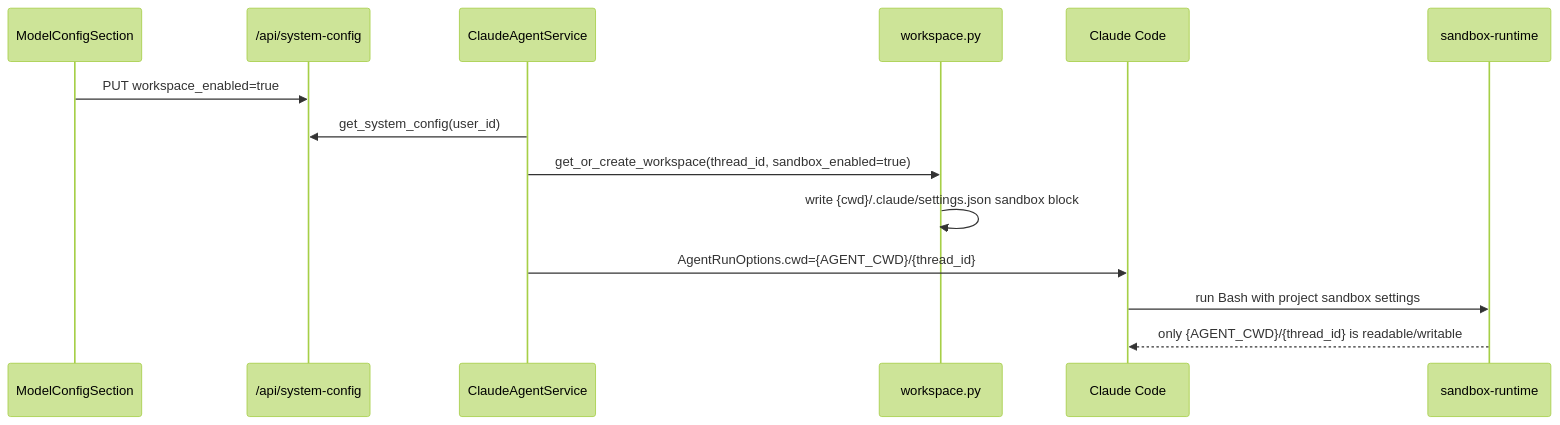
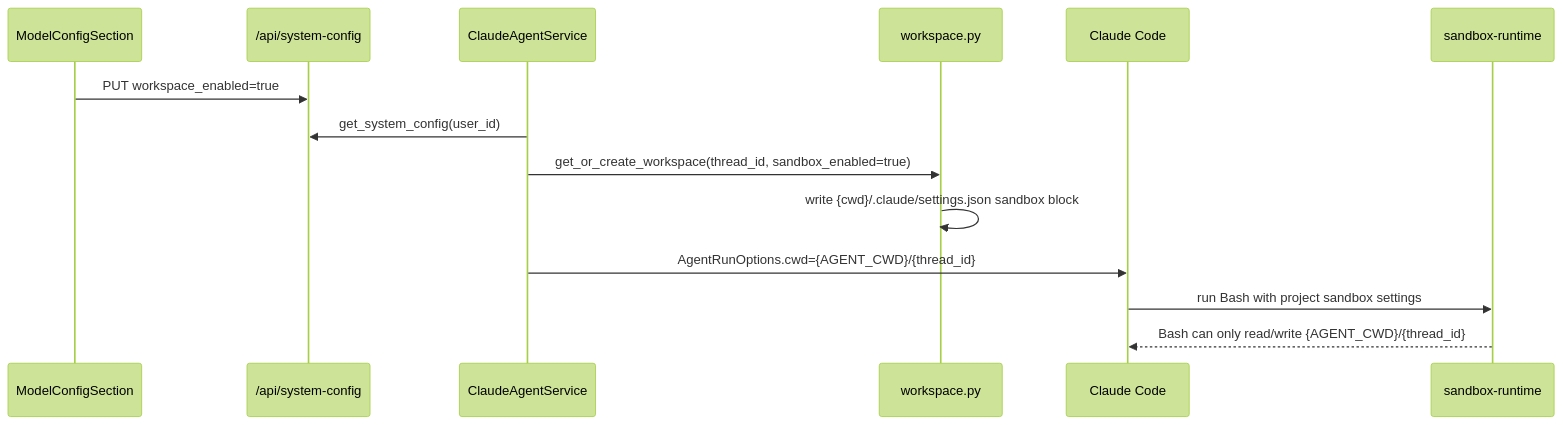
One commit to glide-the/im-dream changed the first of 2 diagrams in docs/design/claude-agent/claude-agent-workspace-sandbox-interaction-plan.md. Above: the diagram before and after it, drawn with Mermaid (forest theme). The commit also changed other lines of this file and 4 other files, not shown here.

````diff
--- a/docs/design/claude-agent/claude-agent-workspace-sandbox-interaction-plan.md
+++ b/docs/design/claude-agent/claude-agent-workspace-sandbox-interaction-plan.md
@@ -86,17 +94,17 @@
 ```mermaid
 sequenceDiagram
     participant UI as ModelConfigSection
     participant API as /api/system-config
     participant Service as ClaudeAgentService
     participant Workspace as workspace.py
     participant CC as Claude Code
     participant SRT as sandbox-runtime
 
     UI->>API: PUT workspace_enabled=true
     Service->>API: get_system_config(user_id)
     Service->>Workspace: get_or_create_workspace(thread_id, sandbox_enabled=true)
     Workspace->>Workspace: write {cwd}/.claude/settings.json sandbox block
     Service->>CC: AgentRunOptions.cwd={AGENT_CWD}/{thread_id}
     CC->>SRT: run Bash with project sandbox settings
-    SRT-->>CC: only {AGENT_CWD}/{thread_id} is readable/writable
+    SRT-->>CC: Bash can only read/write {AGENT_CWD}/{thread_id}
 ```
````
